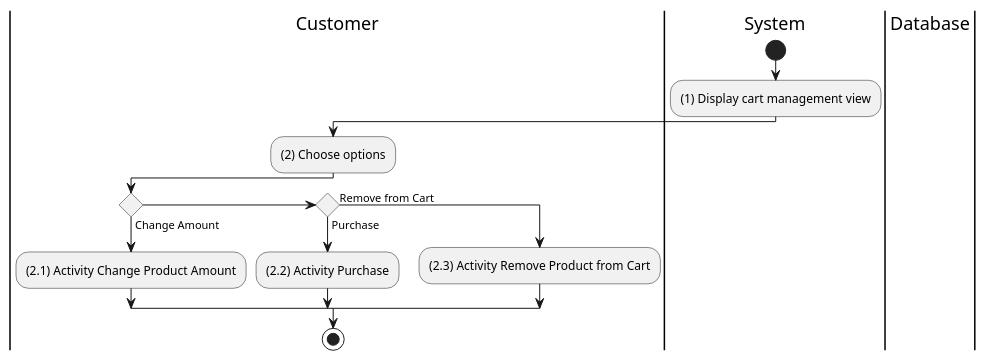
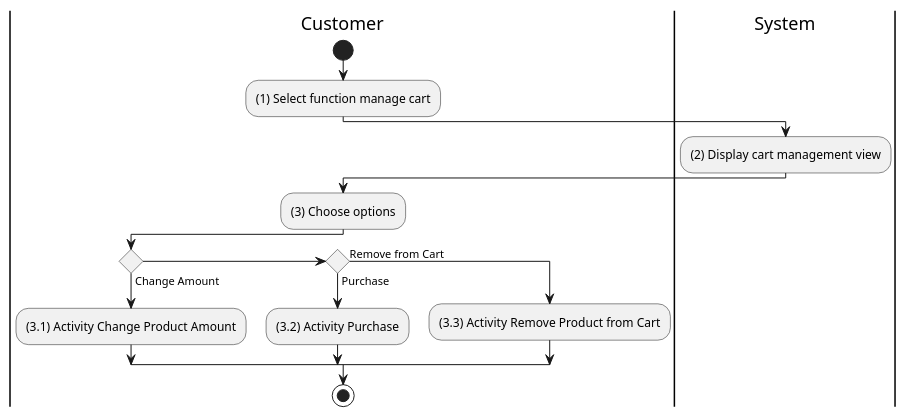
One commit to electricilies/electricilies.github.io changed the diagram in docs/software-docs/activity/manage-cart/manage-cart.md. Above: the diagram before and after it, drawn with PlantUML. The commit also changed 47 other files, not shown here.

````diff
--- a/docs/software-docs/activity/manage-cart/manage-cart.md
+++ b/docs/software-docs/activity/manage-cart/manage-cart.md
@@ -3,23 +3,23 @@
 ```plantuml
 @startuml
 |C|Customer
 |S|System
-|D|Database
-
-|S|
-start
-:(1) Display cart management view;
 
 |C|
-:(2) Choose options;
+start
+:(1) Select function manage cart;
+|S|
+:(2) Display cart management view;
+|C|
+:(3) Choose options;
 if () then (Change Amount)
-  :(2.1) Activity Change Product Amount;
+  :(3.1) Activity Change Product Amount;
 elseif () then (Purchase)
-  :(2.2) Activity Purchase;
+  :(3.2) Activity Purchase;
 else (Remove from Cart)
-  :(2.3) Activity Remove Product from Cart;
+  :(3.3) Activity Remove Product from Cart;
 endif
-
+|C|
 stop
 @enduml
 ```
````
